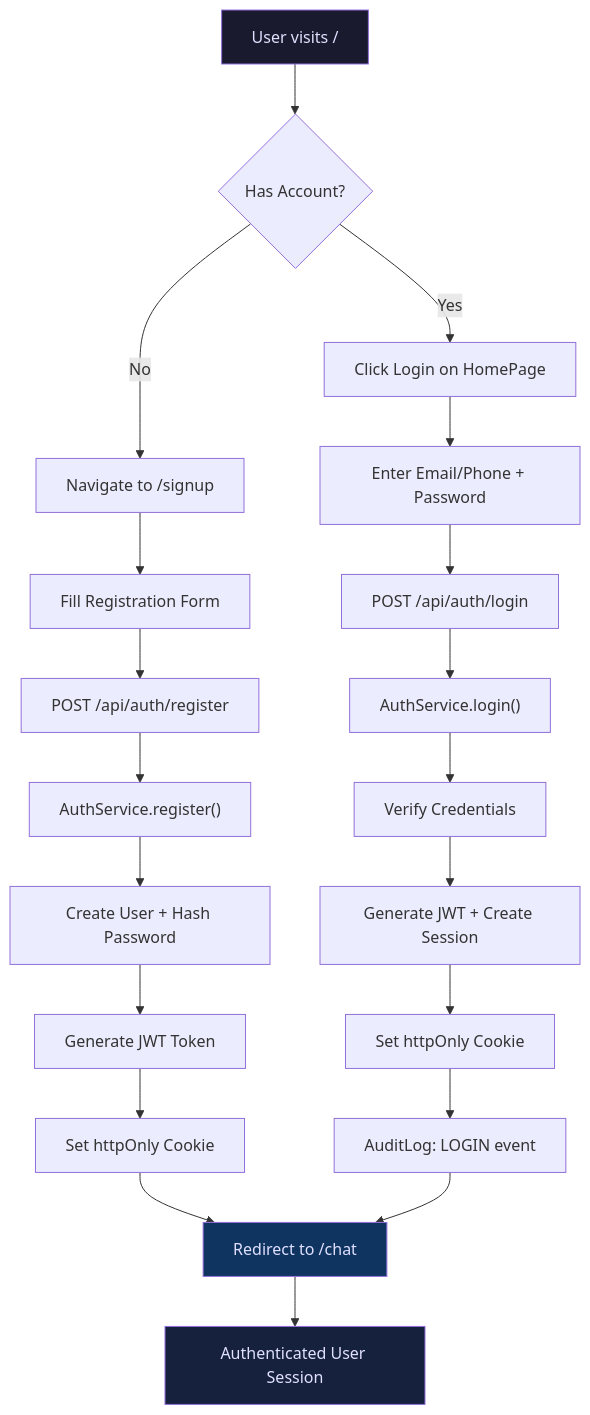
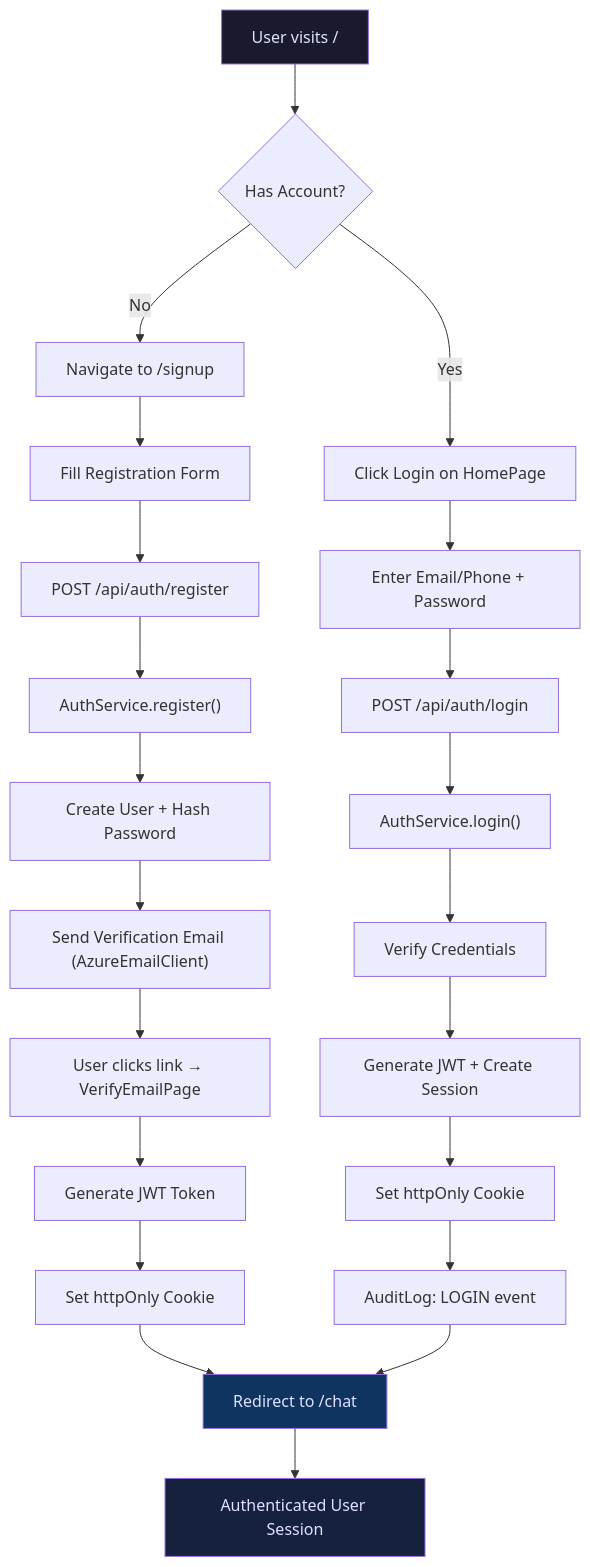
One commit to shashinherath/OpenJustice-Backend-Repo changed the first of 8 diagrams in docs/USER_FLOW_DIAGRAM.md. Above: the diagram before and after it, drawn with Mermaid. The commit also changed other lines of this file and 4 other files, not shown here.

First line of the commit message:
Expand architecture docs for new backend modules (#62)

````diff
--- a/docs/USER_FLOW_DIAGRAM.md
+++ b/docs/USER_FLOW_DIAGRAM.md
@@ -11,28 +11,30 @@
 ```mermaid
 flowchart TD
     A["User visits /"] --> B{"Has Account?"}
     B -->|No| C["Navigate to /signup"]
     C --> D["Fill Registration Form"]
     D --> E["POST /api/auth/register"]
     E --> F["AuthService.register()"]
     F --> G["Create User + Hash Password"]
-    G --> H["Generate JWT Token"]
+    G --> G1["Send Verification Email (AzureEmailClient)"]
+    G1 --> G2["User clicks link → VerifyEmailPage"]
+    G2 --> H["Generate JWT Token"]
     H --> I["Set httpOnly Cookie"]
     I --> J["Redirect to /chat"]
 
     B -->|Yes| K["Click Login on HomePage"]
     K --> L["Enter Email/Phone + Password"]
     L --> M["POST /api/auth/login"]
     M --> N["AuthService.login()"]
     N --> O["Verify Credentials"]
     O --> P["Generate JWT + Create Session"]
     P --> Q["Set httpOnly Cookie"]
     Q --> R["AuditLog: LOGIN event"]
     R --> J
 
     J --> S["Authenticated User Session"]
 
     style A fill:#1a1a2e,color:#e0e0ff
     style J fill:#0f3460,color:#e0e0ff
     style S fill:#16213e,color:#e0e0ff
 ```
````
